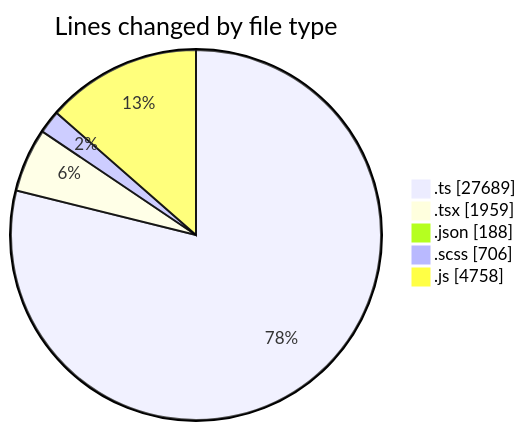
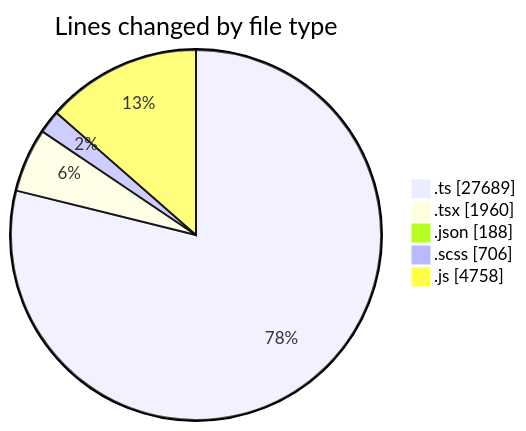
One commit to momahboobian/code-tracking changed the first of 2 diagrams in 2026-05-07/cda/README.md. Above: the diagram before and after it, drawn with Mermaid. The commit also changed other lines of this file and 1 other file, not shown here.

````diff
--- a/2026-05-07/cda/README.md
+++ b/2026-05-07/cda/README.md
@@ -46,9 +46,9 @@
 ```mermaid
 pie showData
 title Lines changed by file type
 ".ts" : 27689
-".tsx" : 1959
+".tsx" : 1960
 ".json" : 188
 ".scss" : 706
 ".js" : 4758
 ```
````
